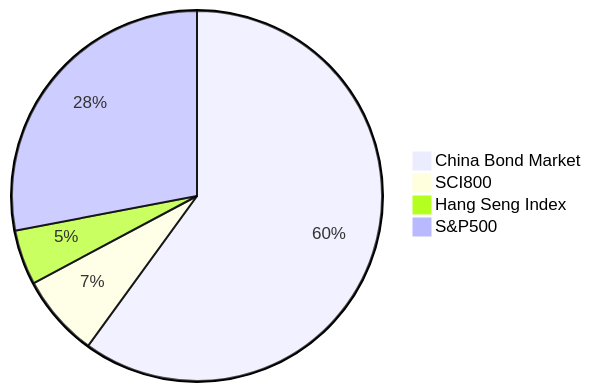
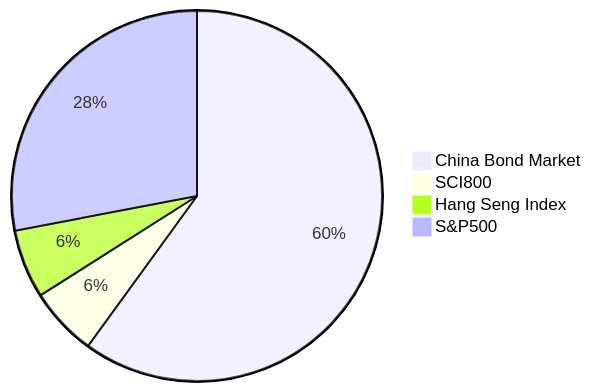
Before and after one commit to low-earth-orbit/notes: the second of 4 diagrams in couch-potato-chinese-investors.md, drawn with Mermaid. The commit also changed other lines of this file and 1 other file, not shown here.

````diff
--- a/couch-potato-chinese-investors.md
+++ b/couch-potato-chinese-investors.md
@@ -128,7 +101,7 @@
 ```mermaid
 pie
 "China Bond Market" : 60
-"SCI800" : 7.2
-"Hang Seng Index" : 4.8
+"SCI800" : 6
+"Hang Seng Index" : 6
 "S&P500" : 28
 ```
````
